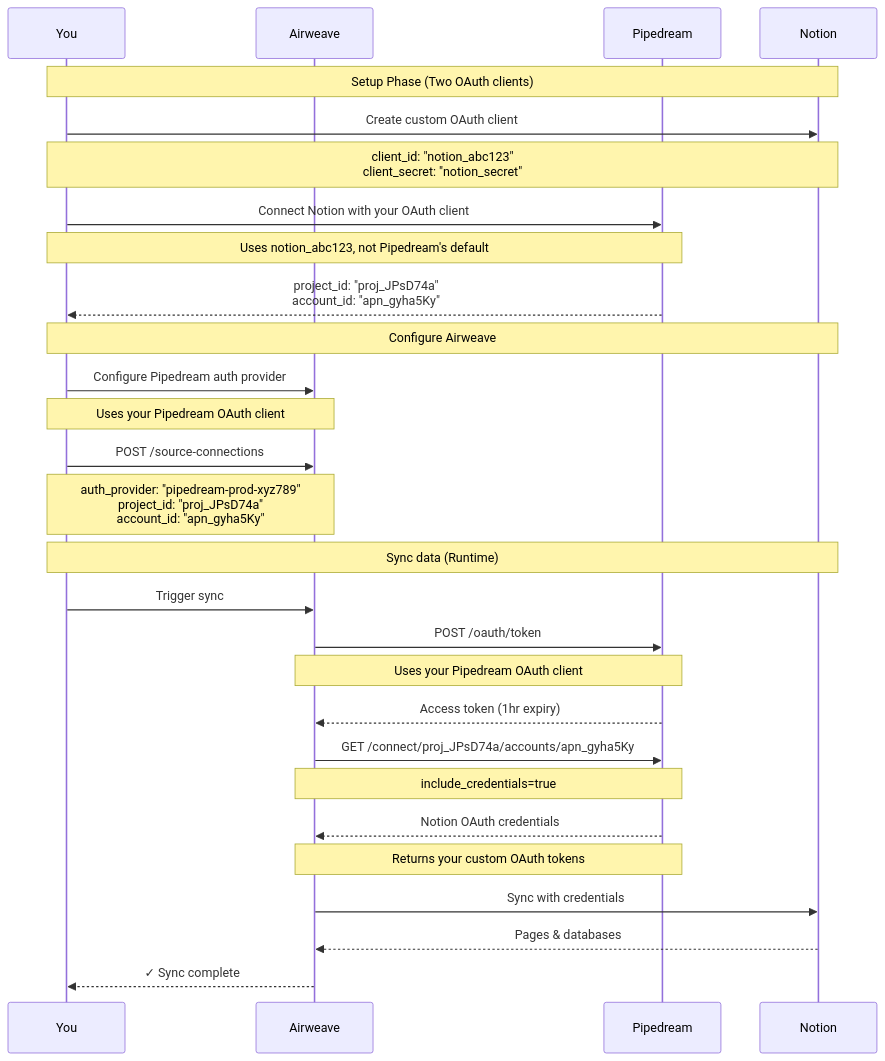
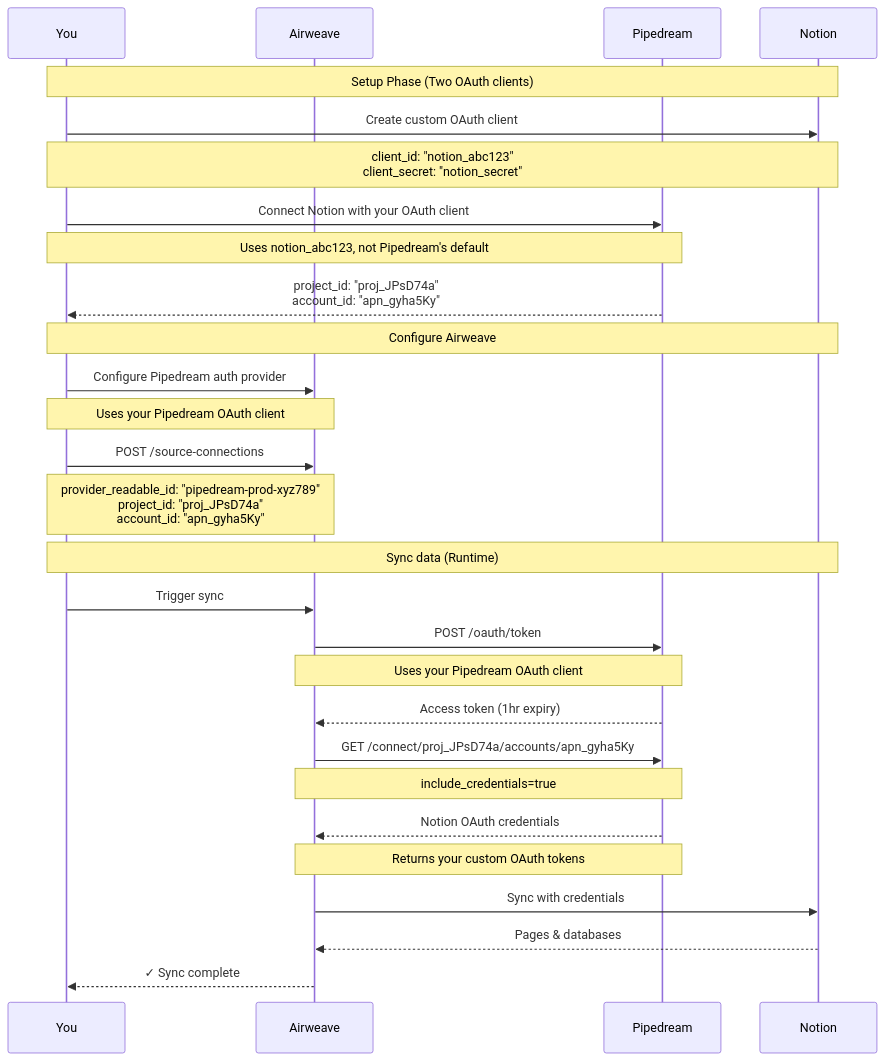
Before and after one commit to zaurshamilov-bit/airweave: the diagram in fern/docs/pages/auth-providers/pipedream.mdx, drawn with Mermaid. The commit also changed other lines of this file and 1 other file, not shown here.

Commit message:
docs(fern): patch docs to better represent the auth providers

````diff
--- a/fern/docs/pages/auth-providers/pipedream.mdx
+++ b/fern/docs/pages/auth-providers/pipedream.mdx
@@ -187,33 +187,33 @@
 ```mermaid
 sequenceDiagram
     participant You
     participant Airweave
     participant Pipedream
     participant Notion
 
     Note over You,Notion: Setup Phase (Two OAuth clients)
     You->>Notion: Create custom OAuth client
     Note over You,Notion: client_id: "notion_abc123"<br/>client_secret: "notion_secret"
     You->>Pipedream: Connect Notion with your OAuth client
     Note over You,Pipedream: Uses notion_abc123, not Pipedream's default
     Pipedream-->>You: project_id: "proj_JPsD74a"<br/>account_id: "apn_gyha5Ky"
 
     Note over You,Notion: Configure Airweave
     You->>Airweave: Configure Pipedream auth provider
     Note over You,Airweave: Uses your Pipedream OAuth client
     You->>Airweave: POST /source-connections
-    Note over You,Airweave: auth_provider: "pipedream-prod-xyz789"<br/>project_id: "proj_JPsD74a"<br/>account_id: "apn_gyha5Ky"
+    Note over You,Airweave: provider_readable_id: "pipedream-prod-xyz789"<br/>project_id: "proj_JPsD74a"<br/>account_id: "apn_gyha5Ky"
 
     Note over You,Notion: Sync data (Runtime)
     You->>Airweave: Trigger sync
     Airweave->>Pipedream: POST /oauth/token
     Note over Airweave,Pipedream: Uses your Pipedream OAuth client
     Pipedream-->>Airweave: Access token (1hr expiry)
     Airweave->>Pipedream: GET /connect/proj_JPsD74a/accounts/apn_gyha5Ky
     Note over Airweave,Pipedream: include_credentials=true
     Pipedream-->>Airweave: Notion OAuth credentials
     Note over Pipedream,Airweave: Returns your custom OAuth tokens
     Airweave->>Notion: Sync with credentials
     Notion-->>Airweave: Pages & databases
     Airweave-->>You: ✓ Sync complete
 ```
````
